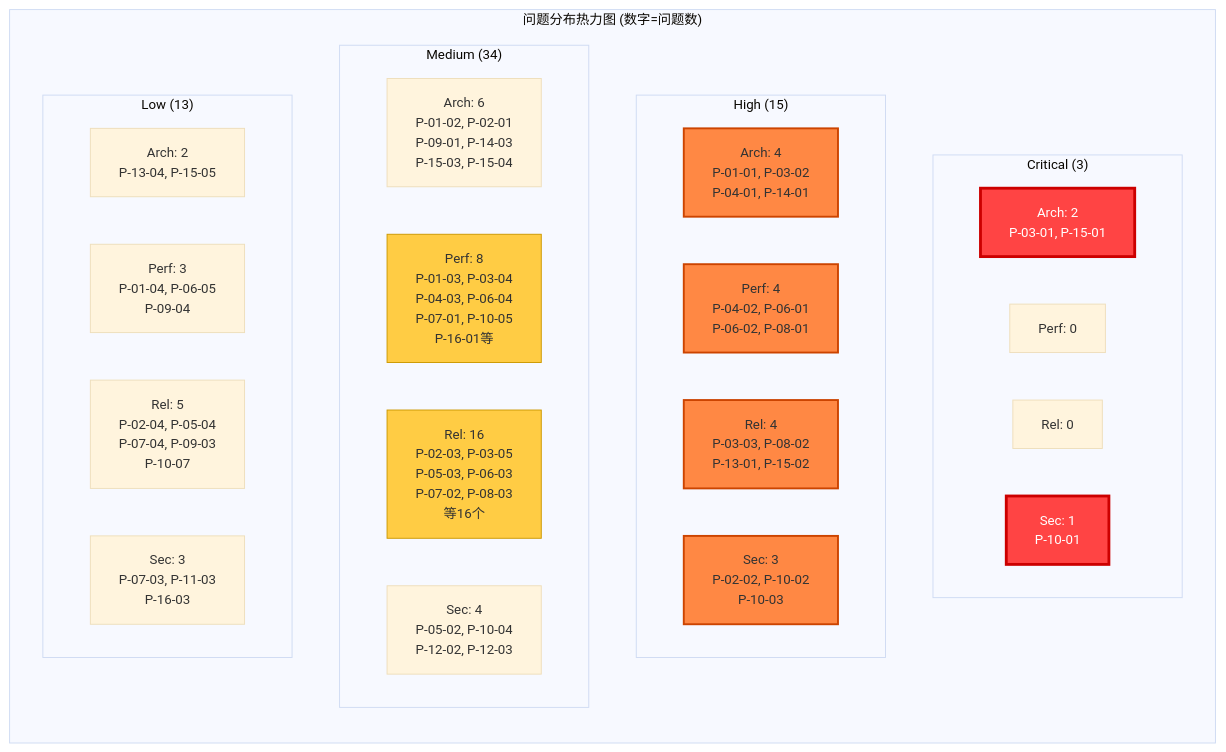
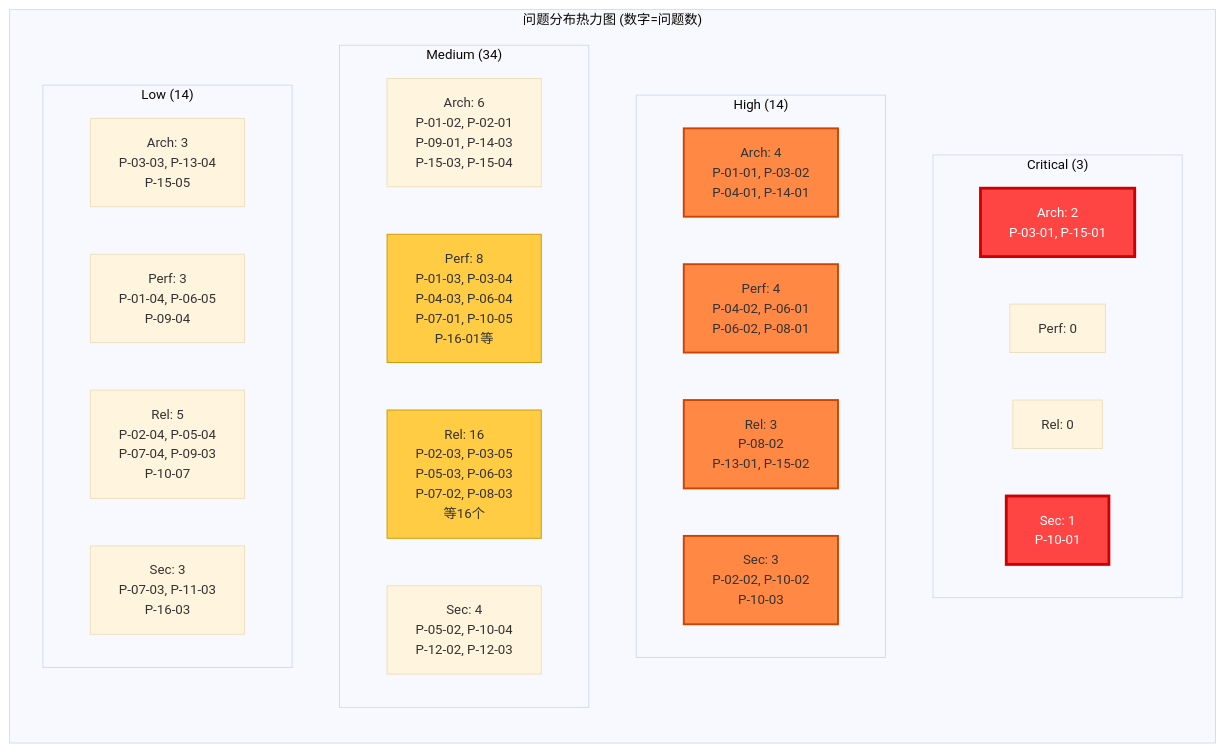
The first of 4 diagrams in src/ch-17-diagnosis.md (jerdbo/hermes-book), drawn with Mermaid before and after one commit. The commit also changed other lines of this file and 3 other files, not shown here.

````diff
--- a/src/ch-17-diagnosis.md
+++ b/src/ch-17-diagnosis.md
@@ -74,44 +74,44 @@
 ```mermaid
 %%{init: {'theme':'base', 'themeVariables': {'fontSize':'14px'}}}%%
 graph TB
     subgraph HeatMap["问题分布热力图 (数字=问题数)"]
         direction TB
 
         subgraph Critical["Critical (3)"]
             C_Arch["Arch: 2<br/>P-03-01, P-15-01"]
             C_Perf["Perf: 0"]
             C_Rel["Rel: 0"]
             C_Sec["Sec: 1<br/>P-10-01"]
         end
 
-        subgraph High["High (15)"]
+        subgraph High["High (14)"]
             H_Arch["Arch: 4<br/>P-01-01, P-03-02<br/>P-04-01, P-14-01"]
             H_Perf["Perf: 4<br/>P-04-02, P-06-01<br/>P-06-02, P-08-01"]
-            H_Rel["Rel: 4<br/>P-03-03, P-08-02<br/>P-13-01, P-15-02"]
+            H_Rel["Rel: 3<br/>P-08-02<br/>P-13-01, P-15-02"]
             H_Sec["Sec: 3<br/>P-02-02, P-10-02<br/>P-10-03"]
         end
 
         subgraph Medium["Medium (34)"]
             M_Arch["Arch: 6<br/>P-01-02, P-02-01<br/>P-09-01, P-14-03<br/>P-15-03, P-15-04"]
             M_Perf["Perf: 8<br/>P-01-03, P-03-04<br/>P-04-03, P-06-04<br/>P-07-01, P-10-05<br/>P-16-01等"]
             M_Rel["Rel: 16<br/>P-02-03, P-03-05<br/>P-05-03, P-06-03<br/>P-07-02, P-08-03<br/>等16个"]
             M_Sec["Sec: 4<br/>P-05-02, P-10-04<br/>P-12-02, P-12-03"]
         end
 
-        subgraph Low["Low (13)"]
-            L_Arch["Arch: 2<br/>P-13-04, P-15-05"]
+        subgraph Low["Low (14)"]
+            L_Arch["Arch: 3<br/>P-03-03, P-13-04<br/>P-15-05"]
             L_Perf["Perf: 3<br/>P-01-04, P-06-05<br/>P-09-04"]
             L_Rel["Rel: 5<br/>P-02-04, P-05-04<br/>P-07-04, P-09-03<br/>P-10-07"]
             L_Sec["Sec: 3<br/>P-07-03, P-11-03<br/>P-16-03"]
         end
     end
 
     style C_Arch fill:#ff4444,stroke:#cc0000,stroke-width:3px,color:#fff
     style C_Sec fill:#ff4444,stroke:#cc0000,stroke-width:3px,color:#fff
     style H_Arch fill:#ff8844,stroke:#cc4400,stroke-width:2px
     style H_Perf fill:#ff8844,stroke:#cc4400,stroke-width:2px
     style H_Rel fill:#ff8844,stroke:#cc4400,stroke-width:2px
     style H_Sec fill:#ff8844,stroke:#cc4400,stroke-width:2px
     style M_Rel fill:#ffcc44,stroke:#cc9900,stroke-width:1px
     style M_Perf fill:#ffcc44,stroke:#cc9900,stroke-width:1px
 ```
````
